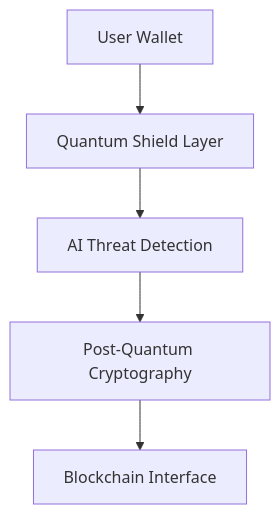
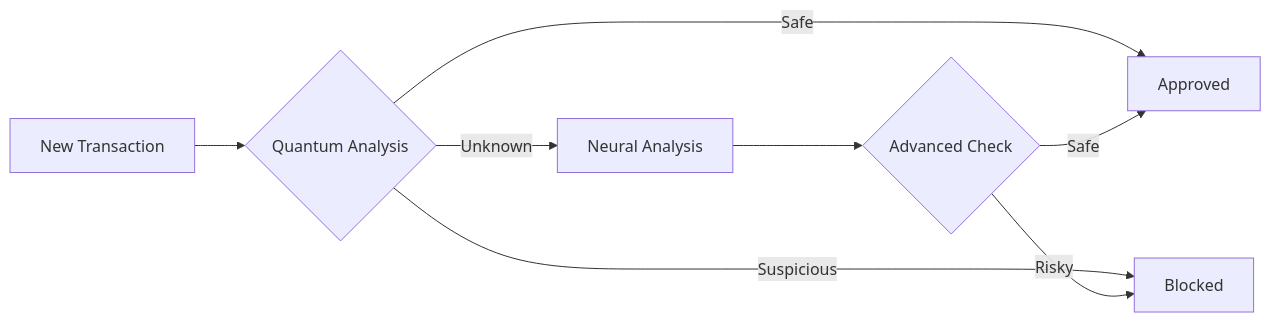
One commit to JermWang/QUANTANIUM changed the first of 4 diagrams in README.md. Above: the diagram before and after it, drawn with Mermaid. The commit also changed other lines of this file, not shown here.

````diff
--- a/README.md
+++ b/README.md
@@ -76,7 +85,10 @@
-```mermaid
-graph TD
-    A[User Wallet] --> B[Quantum Shield Layer]
-    B --> C[AI Threat Detection]
-    C --> D[Post-Quantum Cryptography]
-    D --> E[Blockchain Interface]
-```
+   ```mermaid
+   graph LR
+       A[New Transaction] --> B{Quantum Analysis}
+       B -->|Safe| C[Approved]
+       B -->|Suspicious| D[Blocked]
+       B -->|Unknown| E[Neural Analysis]
+       E --> F{Advanced Check}
+       F -->|Safe| C
+       F -->|Risky| D
+   ```
````
